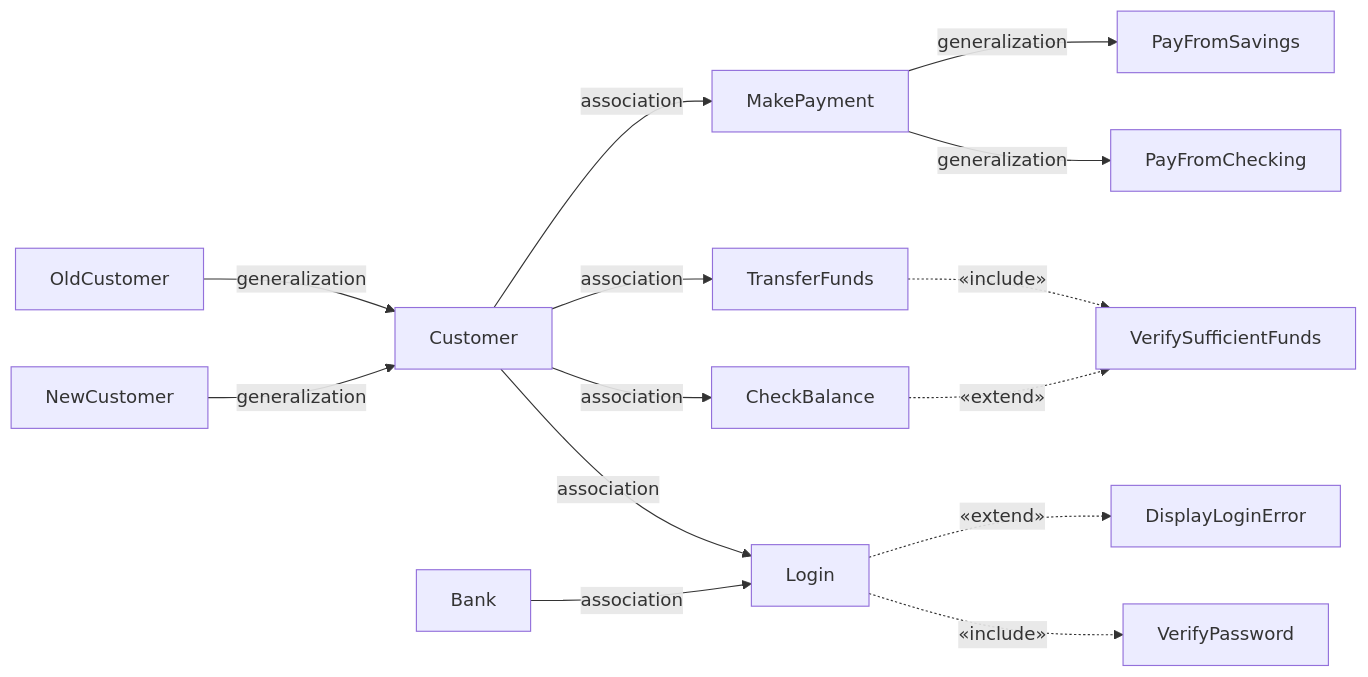
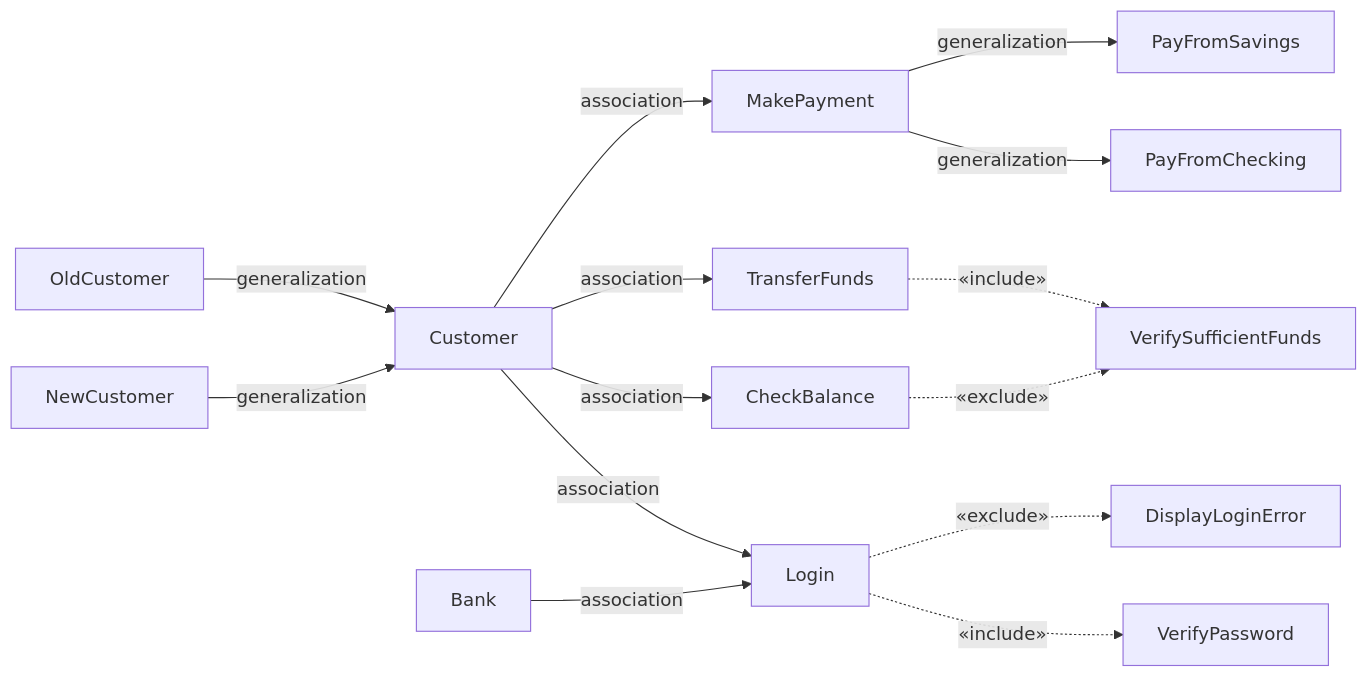
The first of 5 diagrams in SWE/Notes/Mid.md (SMTEmon/2-2), drawn with Mermaid before and after one commit. The commit also changed other lines of this file and 1 other file, not shown here.

````diff
--- a/SWE/Notes/Mid.md
+++ b/SWE/Notes/Mid.md
@@ -368,20 +381,20 @@
 ```mermaid
 graph LR
     Customer -->|association| Login
     Customer -->|association| CheckBalance
     Customer -->|association| TransferFunds
     Customer -->|association| MakePayment
     Bank -->|association| Login
 
     Login -.->|«include»| VerifyPassword
-    Login -.->|«extend»| DisplayLoginError
+    Login -.->|«exclude»| DisplayLoginError
 
     TransferFunds -.->|«include»| VerifySufficientFunds
-    CheckBalance -.->|«extend»| VerifySufficientFunds
+    CheckBalance -.->|«exclude»| VerifySufficientFunds
 
     MakePayment -->|generalization| PayFromChecking
     MakePayment -->|generalization| PayFromSavings
 
     NewCustomer -->|generalization| Customer
     OldCustomer -->|generalization| Customer
 ```
````
